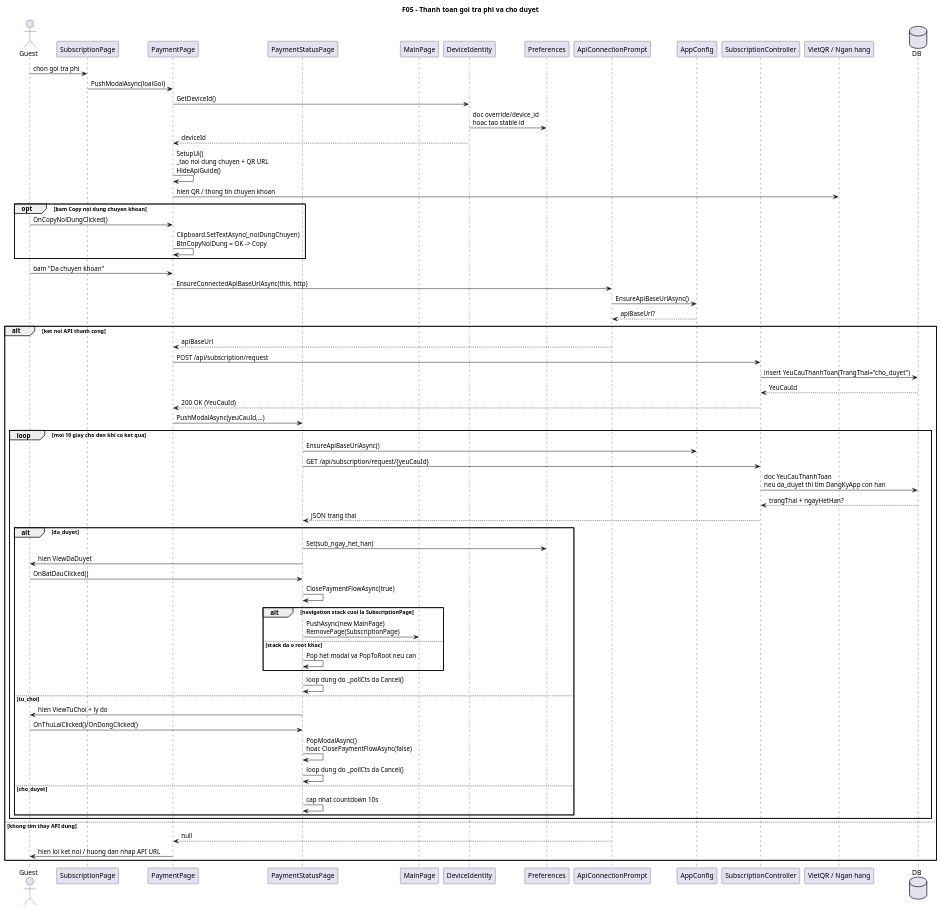
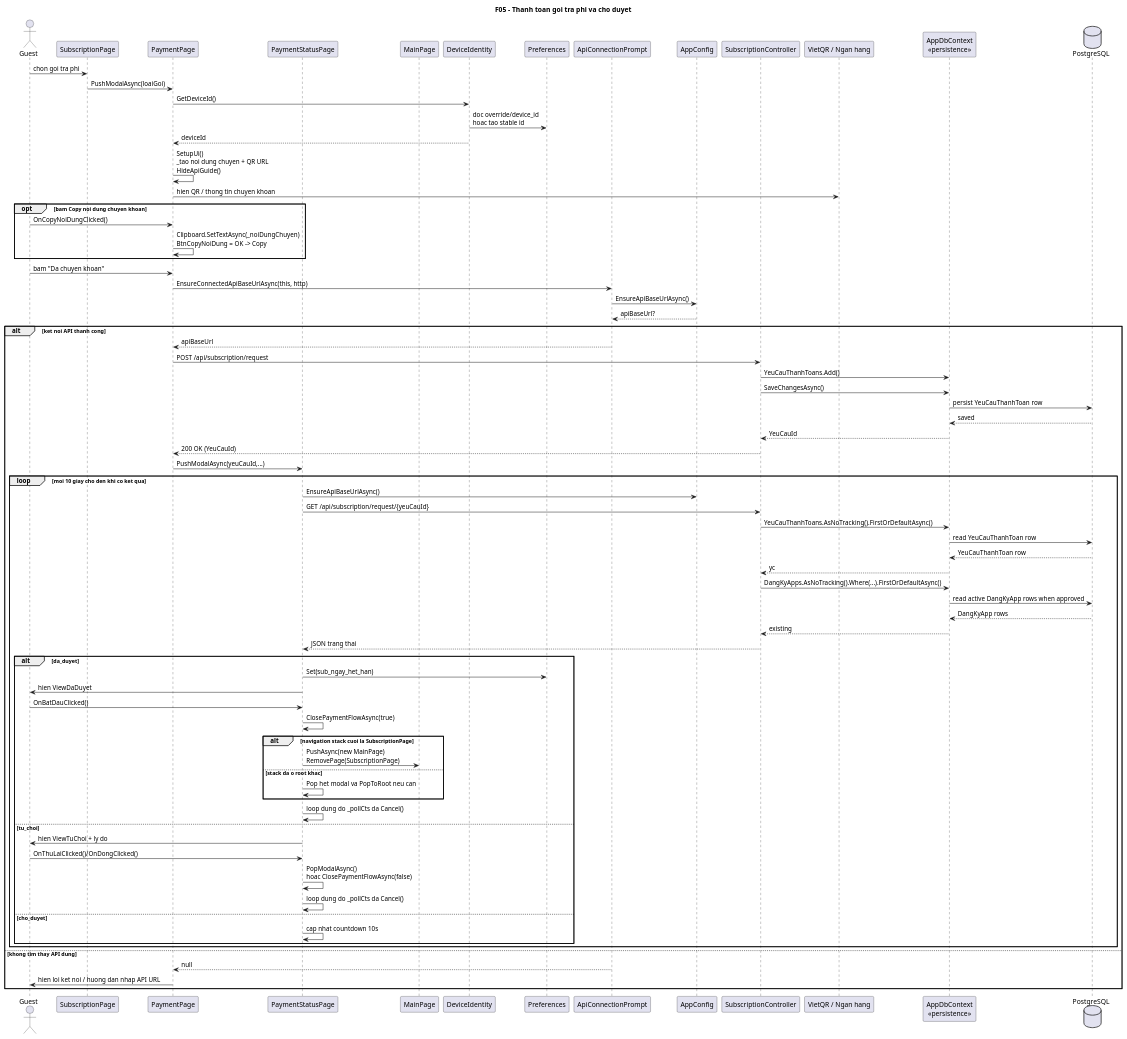
The diagram in docs/diagrams/05-paid-plan-sequence.puml (VoBao182/PhoAmThuc), drawn with PlantUML before and after one commit. The commit also changed 29 other files, not shown here.

```diff
--- a/docs/diagrams/05-paid-plan-sequence.puml
+++ b/docs/diagrams/05-paid-plan-sequence.puml
@@ -1,86 +1,96 @@
 @startuml
 ' Diagram: F05 - Thanh toan goi tra phi va cho duyet (Sequence)
 ' Status: VERIFIED
-' Baseline: branch master, current worktree @ HEAD 8ed8643
+' Baseline: branch master, current worktree @ HEAD 0121e4f
 ' Source:
 ' - VinhKhanhTourDemo/SubscriptionPage.xaml.cs: OnMuaGoiClicked()
 ' - VinhKhanhTourDemo/PaymentPage.xaml.cs: SetupUi(), OnDaChuyenKhoanClicked()
 ' - VinhKhanhTourDemo/DeviceIdentity.cs: GetDeviceId()
 ' - VinhKhanhTourDemo/ApiConnectionPrompt.cs: EnsureConnectedApiBaseUrlAsync()
 ' - VinhKhanhTourDemo/AppEndpointOptions.cs: HostedApiBaseUrlFallback
 ' - VinhKhanhTourDemo/PaymentStatusPage.xaml.cs: StartPollingAsync(), PollStatusAsync(), ClosePaymentFlowAsync()
 ' - VinhKhanhTour.API/Controllers/SubscriptionController.cs: CreateRequest(), GetRequestStatus()
 ' Note: Sequence chi tiet hoa tao transfer note/QR, prompt API URL thu cong, polling 10 giay, va xu ly modal stack sau khi duyet/tu choi.
 ' Note: Ban debug/ad-hoc hien tai uu tien hosted API fallback https://phoamthuc.onrender.com; chi prompt nhap API URL khi API hien tai khong reachable hoac can override.
 title F05 - Thanh toan goi tra phi va cho duyet
 
 actor Guest
 participant SubscriptionPage
 participant PaymentPage
 participant PaymentStatusPage
 participant MainPage
 participant DeviceIdentity
 participant Preferences
 participant ApiConnectionPrompt
 participant AppConfig
 participant "SubscriptionController" as SubscriptionController
 participant "VietQR / Ngan hang" as Bank
-database DB
+participant "AppDbContext\n<<persistence>>" as DbContext
+database "PostgreSQL" as DB
 
 Guest -> SubscriptionPage: chon goi tra phi
 SubscriptionPage -> PaymentPage: PushModalAsync(loaiGoi)
 PaymentPage -> DeviceIdentity: GetDeviceId()
 DeviceIdentity -> Preferences: doc override/device_id\nhoac tao stable id
 DeviceIdentity --> PaymentPage: deviceId
 PaymentPage -> PaymentPage: SetupUi()\n_tao noi dung chuyen + QR URL\nHideApiGuide()
 PaymentPage -> Bank: hien QR / thong tin chuyen khoan
 
 opt bam Copy noi dung chuyen khoan
   Guest -> PaymentPage: OnCopyNoiDungClicked()
   PaymentPage -> PaymentPage: Clipboard.SetTextAsync(_noiDungChuyen)\nBtnCopyNoiDung = OK -> Copy
 end
 
 Guest -> PaymentPage: bam "Da chuyen khoan"
 PaymentPage -> ApiConnectionPrompt: EnsureConnectedApiBaseUrlAsync(this, http)
 ApiConnectionPrompt -> AppConfig: EnsureApiBaseUrlAsync()
 AppConfig --> ApiConnectionPrompt: apiBaseUrl?
 alt ket noi API thanh cong
   ApiConnectionPrompt --> PaymentPage: apiBaseUrl
   PaymentPage -> SubscriptionController: POST /api/subscription/request
-  SubscriptionController -> DB: insert YeuCauThanhToan(TrangThai="cho_duyet")
-  DB --> SubscriptionController: YeuCauId
+  SubscriptionController -> DbContext: YeuCauThanhToans.Add()
+  SubscriptionController -> DbContext: SaveChangesAsync()
+  DbContext -> DB: persist YeuCauThanhToan row
+  DB --> DbContext: saved
+  DbContext --> SubscriptionController: YeuCauId
   SubscriptionController --> PaymentPage: 200 OK (YeuCauId)
   PaymentPage -> PaymentStatusPage: PushModalAsync(yeuCauId,...)
 
 loop moi 10 giay cho den khi co ket qua
   PaymentStatusPage -> AppConfig: EnsureApiBaseUrlAsync()
   PaymentStatusPage -> SubscriptionController: GET /api/subscription/request/{yeuCauId}
-  SubscriptionController -> DB: doc YeuCauThanhToan\nneu da_duyet thi tim DangKyApp con han
-  DB --> SubscriptionController: trangThai + ngayHetHan?
+  SubscriptionController -> DbContext: YeuCauThanhToans.AsNoTracking().FirstOrDefaultAsync()
+  DbContext -> DB: read YeuCauThanhToan row
+  DB --> DbContext: YeuCauThanhToan row
+  DbContext --> SubscriptionController: yc
+  SubscriptionController -> DbContext: DangKyApps.AsNoTracking().Where(...).FirstOrDefaultAsync()
+  DbContext -> DB: read active DangKyApp rows when approved
+  DB --> DbContext: DangKyApp rows
+  DbContext --> SubscriptionController: existing
   SubscriptionController --> PaymentStatusPage: JSON trang thai
 
   alt da_duyet
     PaymentStatusPage -> Preferences: Set(sub_ngay_het_han)
     PaymentStatusPage -> Guest: hien ViewDaDuyet
     Guest -> PaymentStatusPage: OnBatDauClicked()
     PaymentStatusPage -> PaymentStatusPage: ClosePaymentFlowAsync(true)
     alt navigation stack cuoi la SubscriptionPage
       PaymentStatusPage -> MainPage: PushAsync(new MainPage)\nRemovePage(SubscriptionPage)
     else stack da o root khac
       PaymentStatusPage -> PaymentStatusPage: Pop het modal va PopToRoot neu can
     end
     PaymentStatusPage -> PaymentStatusPage: loop dung do _pollCts da Cancel()
   else tu_choi
     PaymentStatusPage -> Guest: hien ViewTuChoi + ly do
     Guest -> PaymentStatusPage: OnThuLaiClicked()/OnDongClicked()
     PaymentStatusPage -> PaymentStatusPage: PopModalAsync()\nhoac ClosePaymentFlowAsync(false)
     PaymentStatusPage -> PaymentStatusPage: loop dung do _pollCts da Cancel()
   else cho_duyet
     PaymentStatusPage -> PaymentStatusPage: cap nhat countdown 10s
   end
 end
 else khong tim thay API dung
   ApiConnectionPrompt --> PaymentPage: null
   PaymentPage -> Guest: hien loi ket noi / huong dan nhap API URL
 end
 @enduml
```
